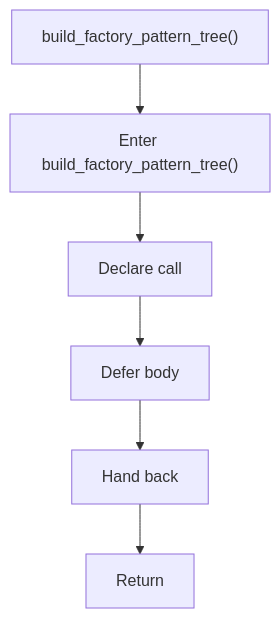
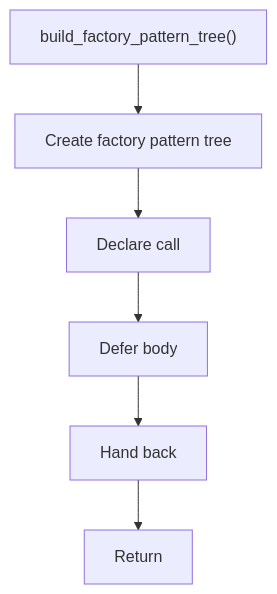
One commit to JohnAndrewBalbarosa/NeoTerritory changed the second of 2 diagrams in docs/Codebase/Microservice/Modules/Header/SyntacticBrokenAST/Analysis/Patterns/Creational/Factory/core.hpp.md. Above: the diagram before and after it, drawn with Mermaid. The commit also changed other lines of this file and 925 other files, not shown here.

````diff
--- a/docs/Codebase/Microservice/Modules/Header/SyntacticBrokenAST/Analysis/Patterns/Creational/Factory/core.hpp.md
+++ b/docs/Codebase/Microservice/Modules/Header/SyntacticBrokenAST/Analysis/Patterns/Creational/Factory/core.hpp.md
@@ -66,14 +65,14 @@
 ```mermaid
 flowchart TD
     Start["build_factory_pattern_tree()"]
-    N0["Enter build_factory_pattern_tree()"]
+    N0["Create factory pattern tree"]
     N1["Declare call"]
     N2["Defer body"]
     N3["Hand back"]
     End["Return"]
     Start --> N0
     N0 --> N1
     N1 --> N2
     N2 --> N3
     N3 --> End
 ```
````
